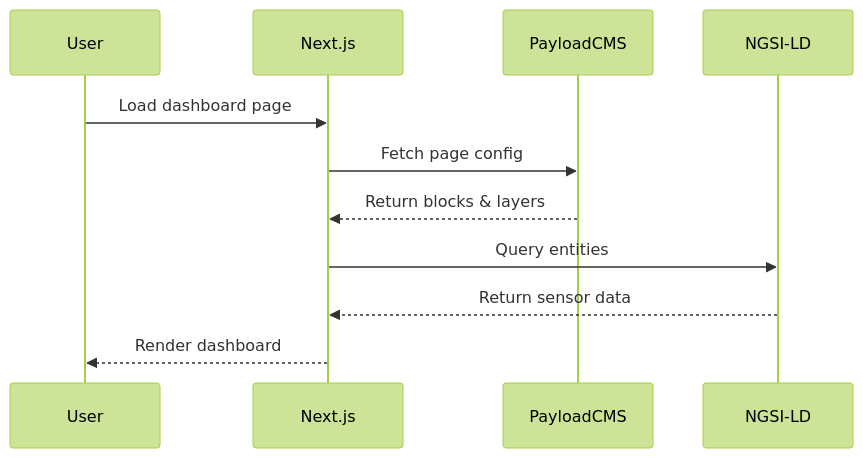
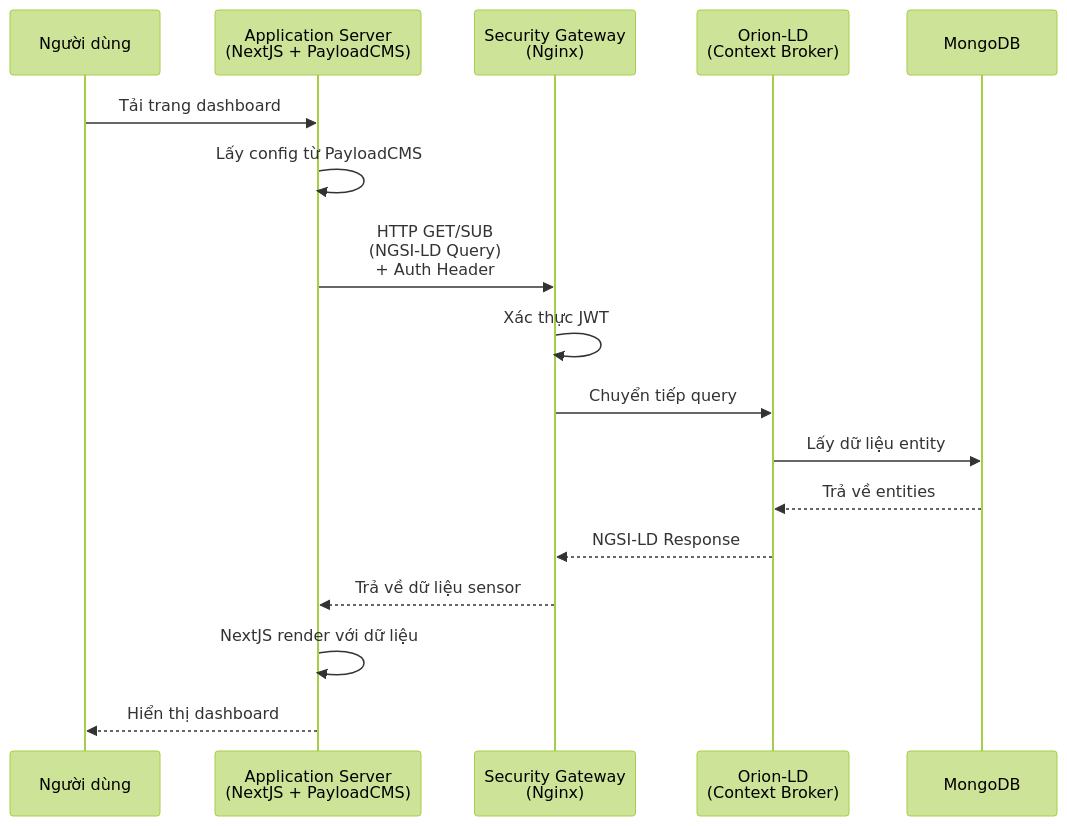
One commit to CTU-SematX/LegoCity changed the second of 4 diagrams in docs/getting-started/architecture.vi.md. Above: the diagram before and after it, drawn with Mermaid (forest theme). The commit also changed other lines of this file and 152 other files, not shown here.

First line of the commit message:
docs: Fix broken links and update architecture diagrams

````diff
--- a/docs/getting-started/architecture.vi.md
+++ b/docs/getting-started/architecture.vi.md
@@ -155,14 +129,20 @@
 ```mermaid
 sequenceDiagram
-    participant User
-    participant Next.js
-    participant PayloadCMS
-    participant NGSI-LD
+    participant User as Người dùng
+    participant AppServer as Application Server<br/>(NextJS + PayloadCMS)
+    participant Gateway as Security Gateway<br/>(Nginx)
+    participant Broker as Orion-LD<br/>(Context Broker)
+    participant MongoDB
 
-    User->>Next.js: Load dashboard page
-    Next.js->>PayloadCMS: Fetch page config
-    PayloadCMS-->>Next.js: Return blocks & layers
-    Next.js->>NGSI-LD: Query entities
-    NGSI-LD-->>Next.js: Return sensor data
-    Next.js-->>User: Render dashboard
+    User->>AppServer: Tải trang dashboard
+    AppServer->>AppServer: Lấy config từ PayloadCMS
+    AppServer->>Gateway: HTTP GET/SUB<br/>(NGSI-LD Query)<br/>+ Auth Header
+    Gateway->>Gateway: Xác thực JWT
+    Gateway->>Broker: Chuyển tiếp query
+    Broker->>MongoDB: Lấy dữ liệu entity
+    MongoDB-->>Broker: Trả về entities
+    Broker-->>Gateway: NGSI-LD Response
+    Gateway-->>AppServer: Trả về dữ liệu sensor
+    AppServer->>AppServer: NextJS render với dữ liệu
+    AppServer-->>User: Hiển thị dashboard
 ```
````
